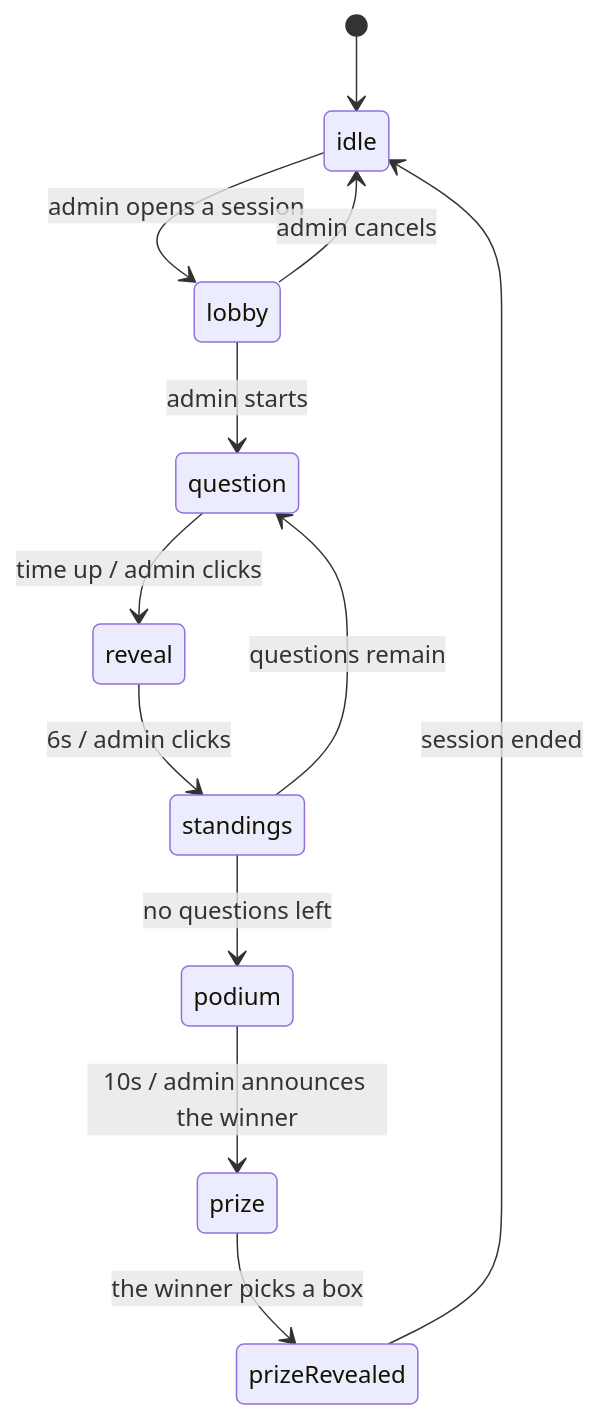
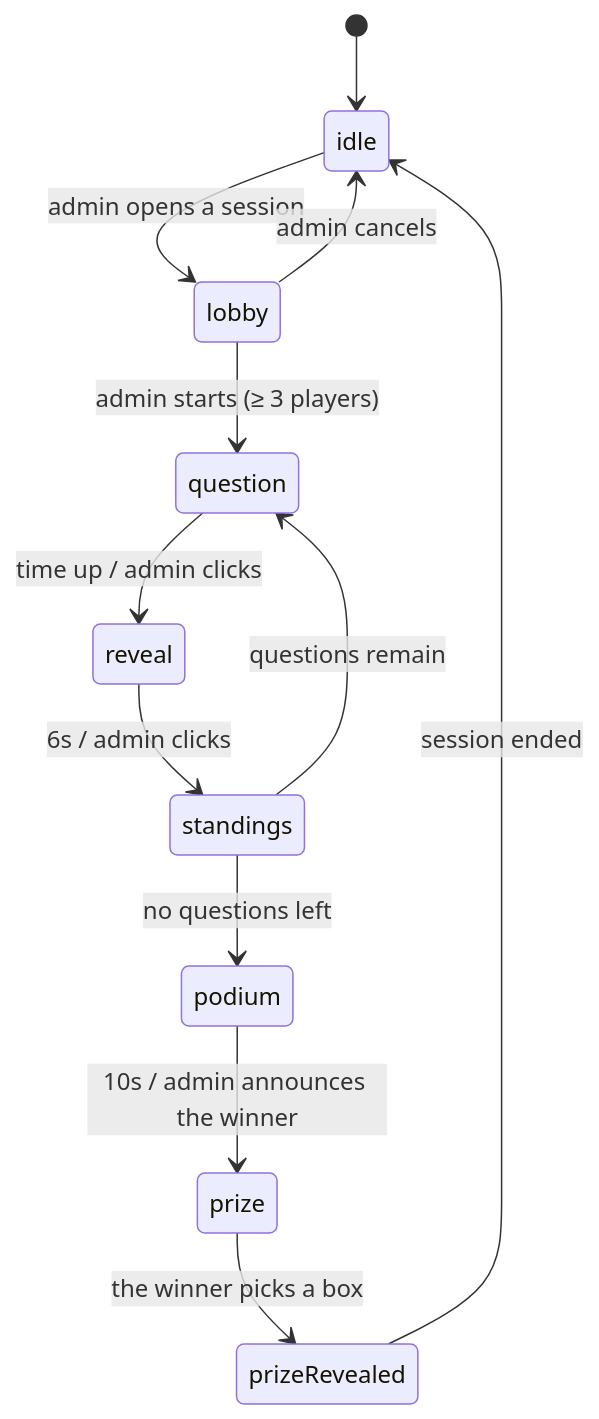
The diagram in docs/architecture.md (kiu-chan/open-day-quiz), drawn with Mermaid before and after one commit. The commit also changed other lines of this file and 8 other files, not shown here.

````diff
--- a/docs/architecture.md
+++ b/docs/architecture.md
@@ -114,14 +114,14 @@
 ```mermaid
 stateDiagram-v2
     [*] --> idle
     idle --> lobby: admin opens a session
-    lobby --> question: admin starts
+    lobby --> question: admin starts (≥ 3 players)
     question --> reveal: time up / admin clicks
     reveal --> standings: 6s / admin clicks
     standings --> question: questions remain
     standings --> podium: no questions left
     podium --> prize: 10s / admin announces the winner
     prize --> prizeRevealed: the winner picks a box
     prizeRevealed --> idle: session ended
     lobby --> idle: admin cancels
 ```
````
